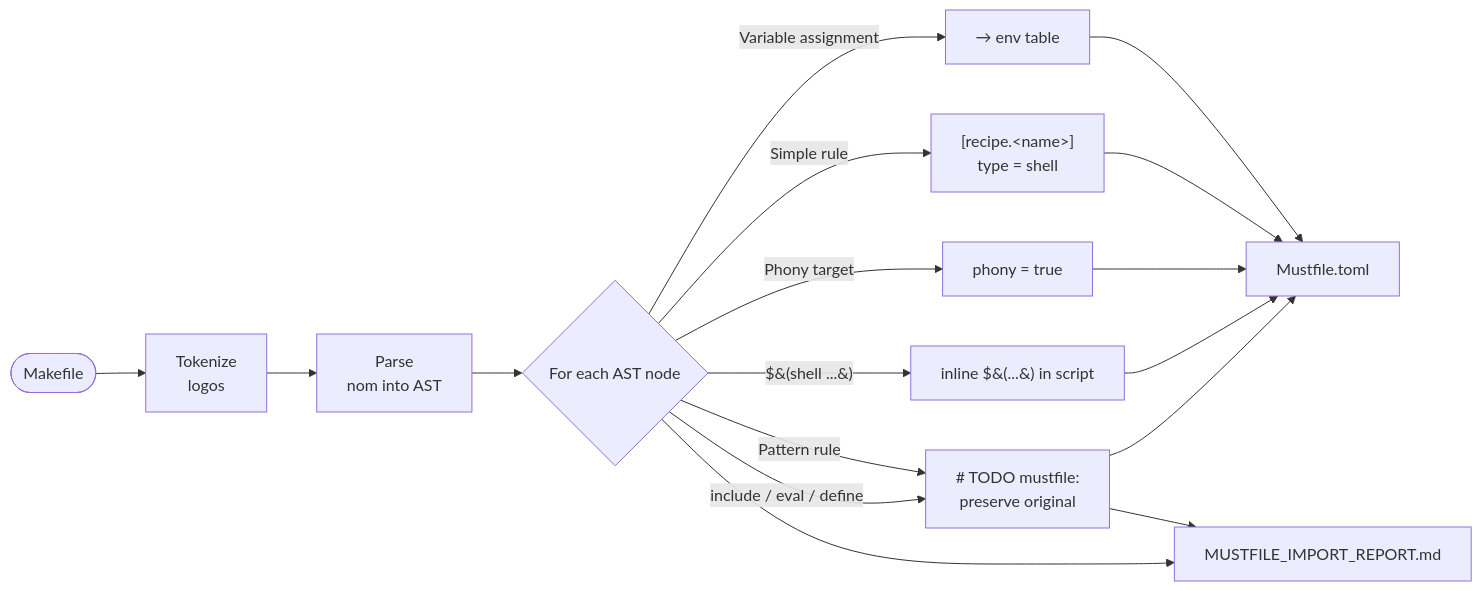
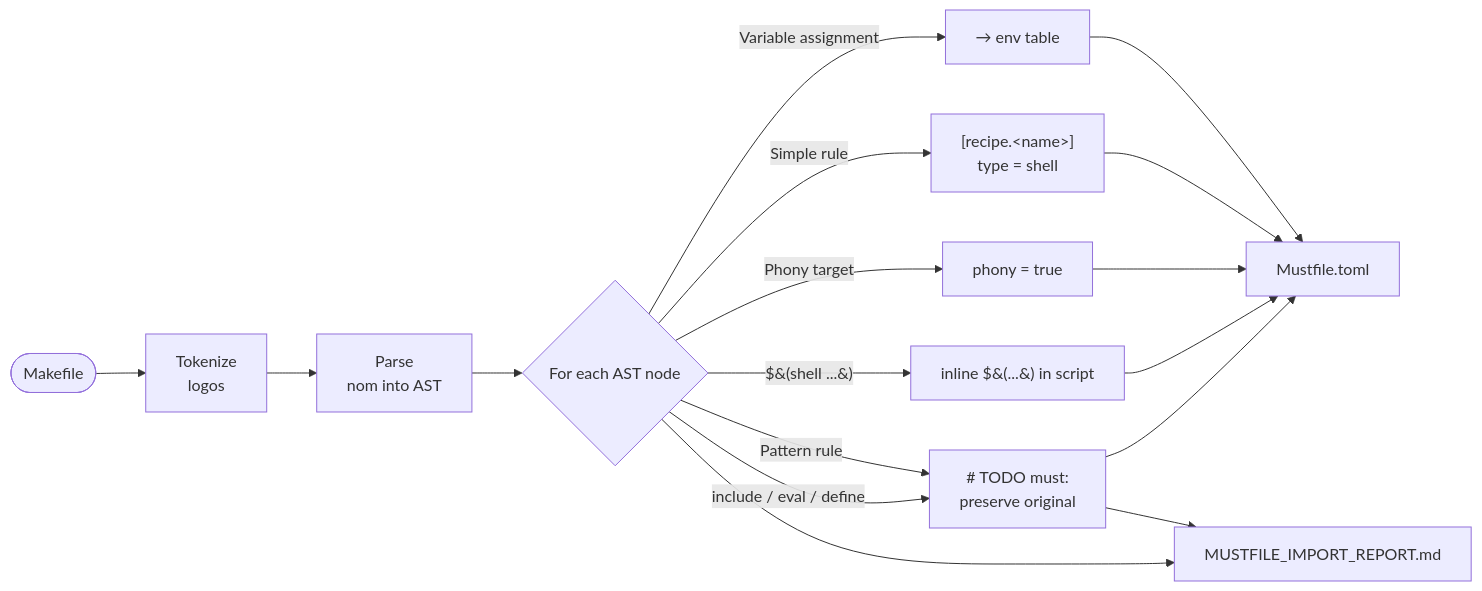
The fifth of 6 diagrams in docs/DESIGN.md (gregnazario/must), drawn with Mermaid before and after one commit. The commit also changed other lines of this file and 73 other files, not shown here.

First line of the commit message:
refactor: rename package from mustfile to must

````diff
--- a/docs/DESIGN.md
+++ b/docs/DESIGN.md
@@ -356,21 +356,21 @@
 ```mermaid
 flowchart LR
     M([Makefile]) --> T[Tokenize<br/>logos]
     T --> P[Parse<br/>nom into AST]
     P --> A{For each AST node}
 
     A -- Variable assignment --> Ev[→ env table]
     A -- Simple rule --> Sr["[recipe.&lt;name&gt;]<br/>type = shell"]
     A -- Phony target --> Ph[phony = true]
     A -- "$&#40;shell ...&#41;" --> Sh["inline $&#40;...&#41; in script"]
-    A -- Pattern rule --> Td["# TODO mustfile:<br/>preserve original"]
+    A -- Pattern rule --> Td["# TODO must:<br/>preserve original"]
     A -- include / eval / define --> Td
 
     Ev --> O[Mustfile.toml]
     Sr --> O
     Ph --> O
     Sh --> O
     Td --> O
     Td --> R[MUSTFILE_IMPORT_REPORT.md]
     A --> R
 ```
````
